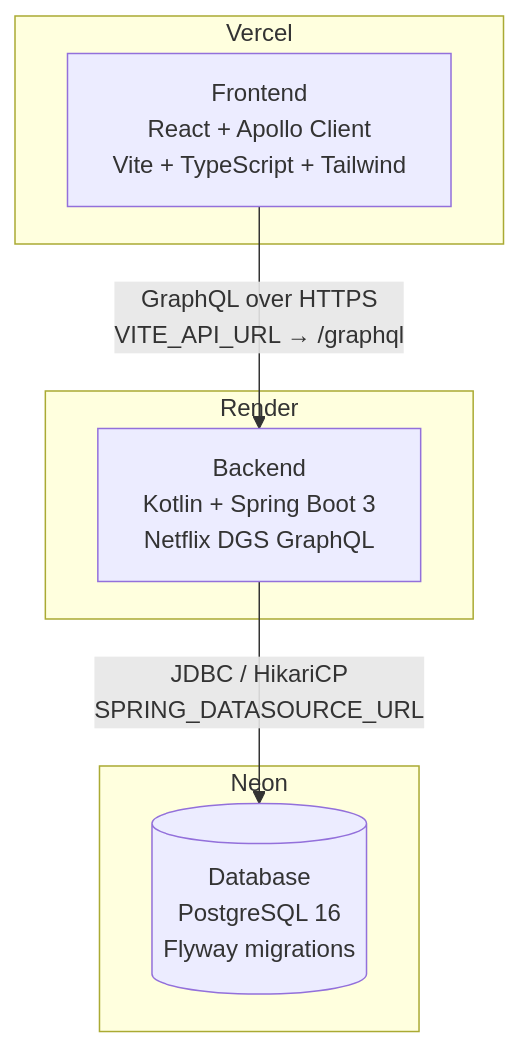
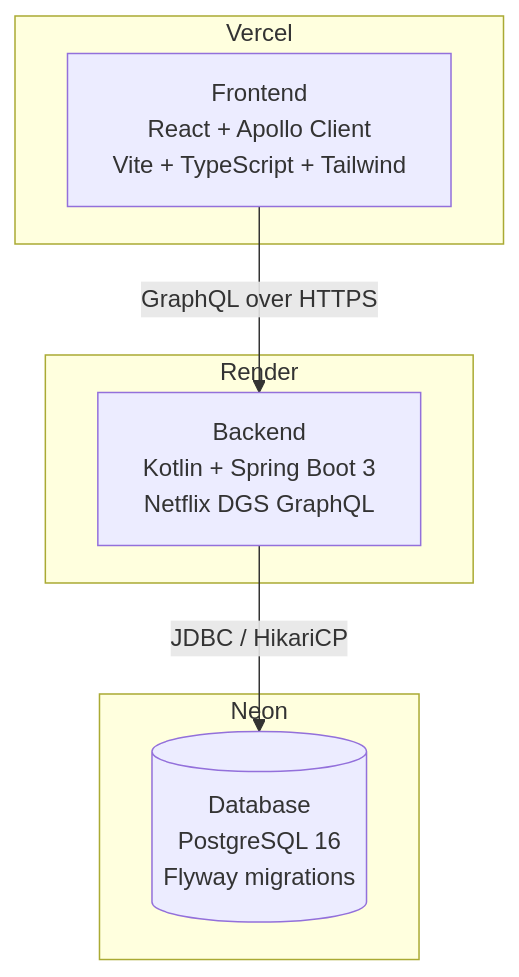
Before and after one commit to hexiao0225/driver-compliance: the diagram in README.md, drawn with Mermaid.

Commit message:
docs: fix Mermaid line breaks (use <br/> instead of \n)

````diff
--- a/README.md
+++ b/README.md
@@ -7,17 +7,17 @@
 ```mermaid
 flowchart TD
     subgraph Vercel
-        FE["Frontend\nReact + Apollo Client\nVite + TypeScript + Tailwind"]
+        FE["Frontend<br/>React + Apollo Client<br/>Vite + TypeScript + Tailwind"]
     end
 
     subgraph Render
-        BE["Backend\nKotlin + Spring Boot 3\nNetflix DGS GraphQL"]
+        BE["Backend<br/>Kotlin + Spring Boot 3<br/>Netflix DGS GraphQL"]
     end
 
     subgraph Neon
-        DB[("Database\nPostgreSQL 16\nFlyway migrations")]
+        DB[("Database<br/>PostgreSQL 16<br/>Flyway migrations")]
     end
 
-    FE -- "GraphQL over HTTPS\nVITE_API_URL → /graphql" --> BE
-    BE -- "JDBC / HikariCP\nSPRING_DATASOURCE_URL" --> DB
+    FE -- "GraphQL over HTTPS" --> BE
+    BE -- "JDBC / HikariCP" --> DB
 ```
````
